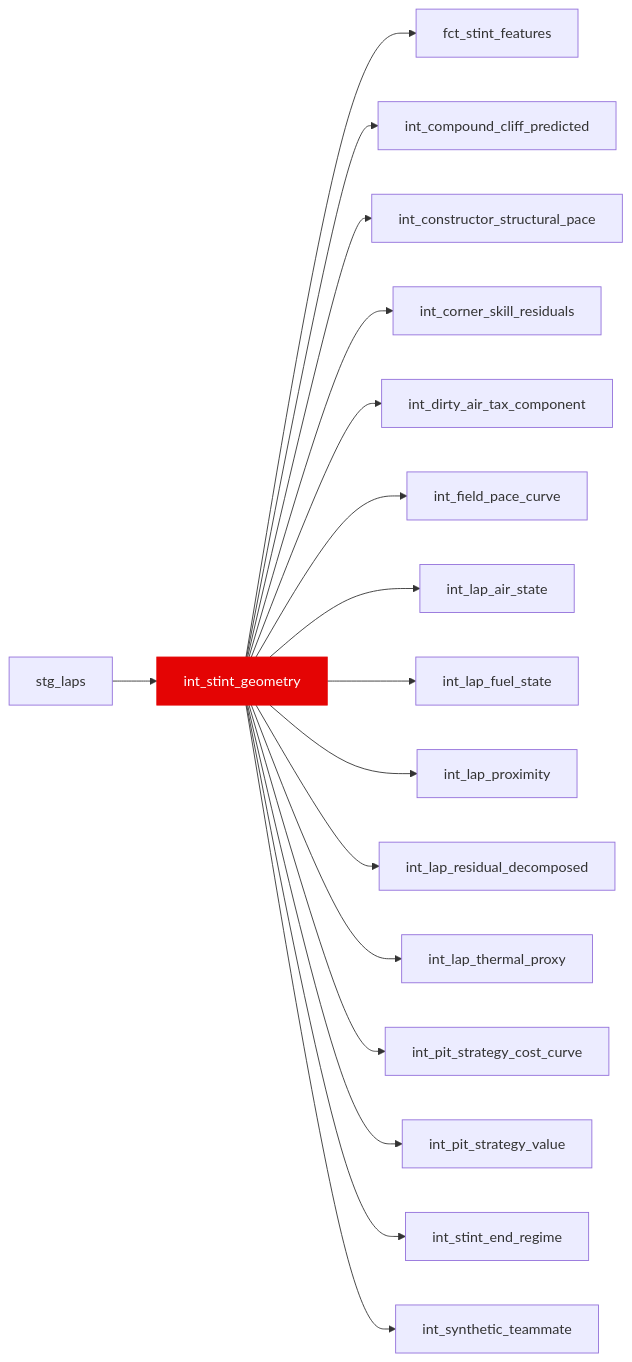
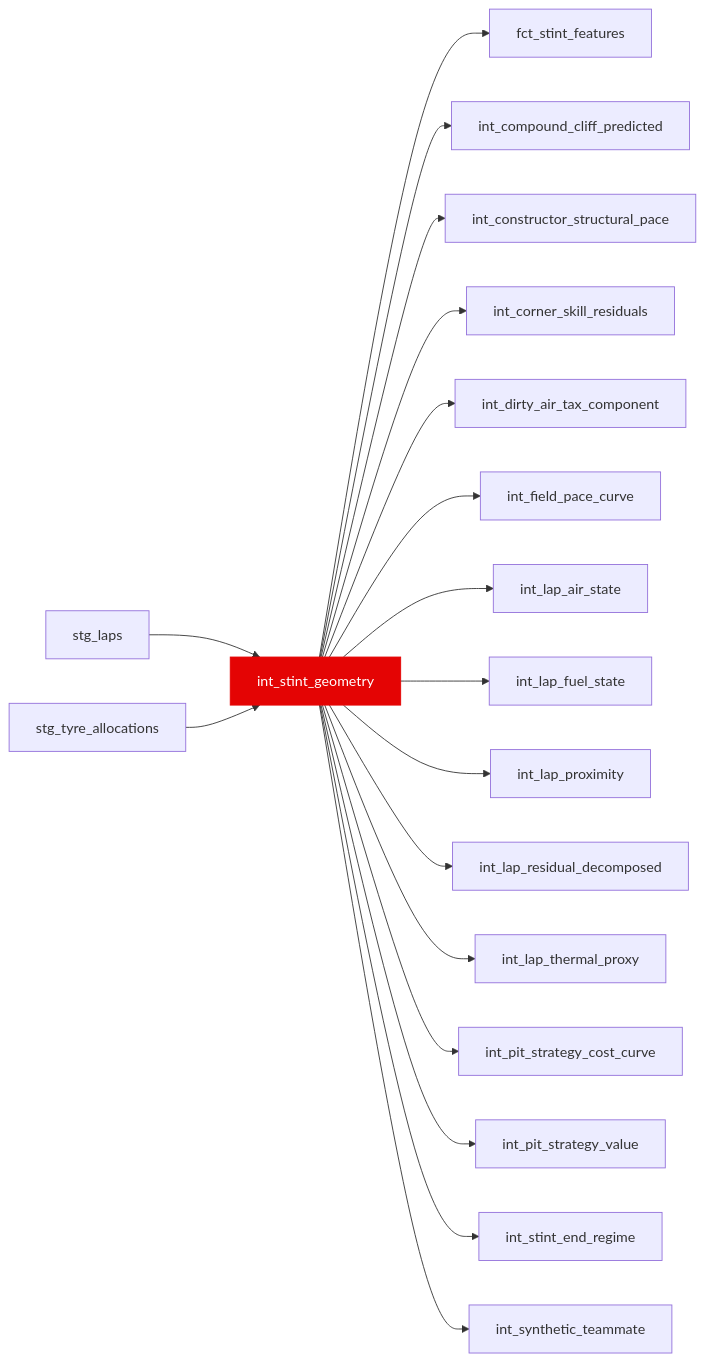
The diagram in docs/reference/models/int/int_stint_geometry.mdx (JustinClarke/off-the-pace), drawn with Mermaid before and after one commit. The commit also changed other lines of this file and 45 other files, not shown here.

````diff
--- a/docs/reference/models/int/int_stint_geometry.mdx
+++ b/docs/reference/models/int/int_stint_geometry.mdx
@@ -15,20 +15,21 @@
 ```mermaid
 flowchart LR
   stg_laps --> int_stint_geometry
+  stg_tyre_allocations --> int_stint_geometry
   int_stint_geometry --> fct_stint_features
   int_stint_geometry --> int_compound_cliff_predicted
   int_stint_geometry --> int_constructor_structural_pace
   int_stint_geometry --> int_corner_skill_residuals
   int_stint_geometry --> int_dirty_air_tax_component
   int_stint_geometry --> int_field_pace_curve
   int_stint_geometry --> int_lap_air_state
   int_stint_geometry --> int_lap_fuel_state
   int_stint_geometry --> int_lap_proximity
   int_stint_geometry --> int_lap_residual_decomposed
   int_stint_geometry --> int_lap_thermal_proxy
   int_stint_geometry --> int_pit_strategy_cost_curve
   int_stint_geometry --> int_pit_strategy_value
   int_stint_geometry --> int_stint_end_regime
   int_stint_geometry --> int_synthetic_teammate
   style int_stint_geometry fill:#e40404,stroke:#e40404,color:#fff
 ```
````
